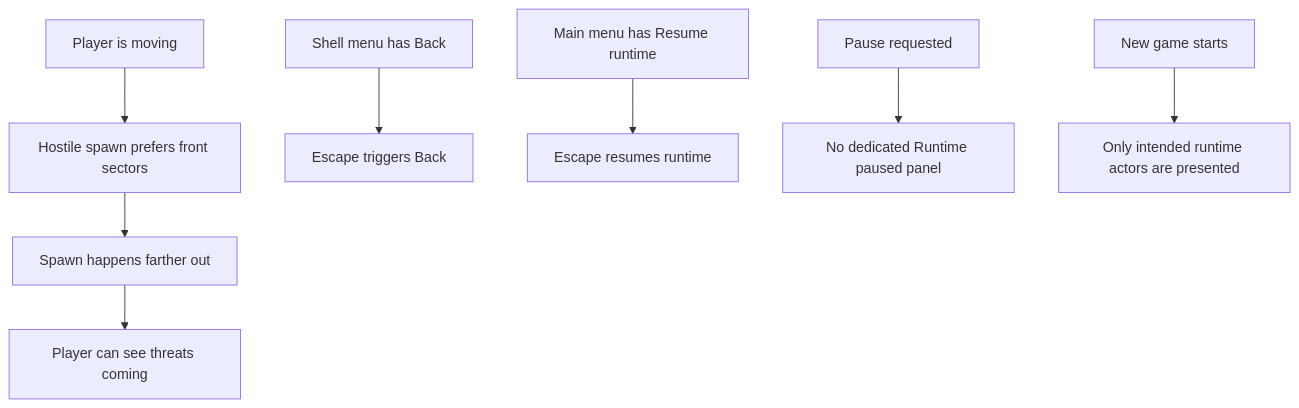
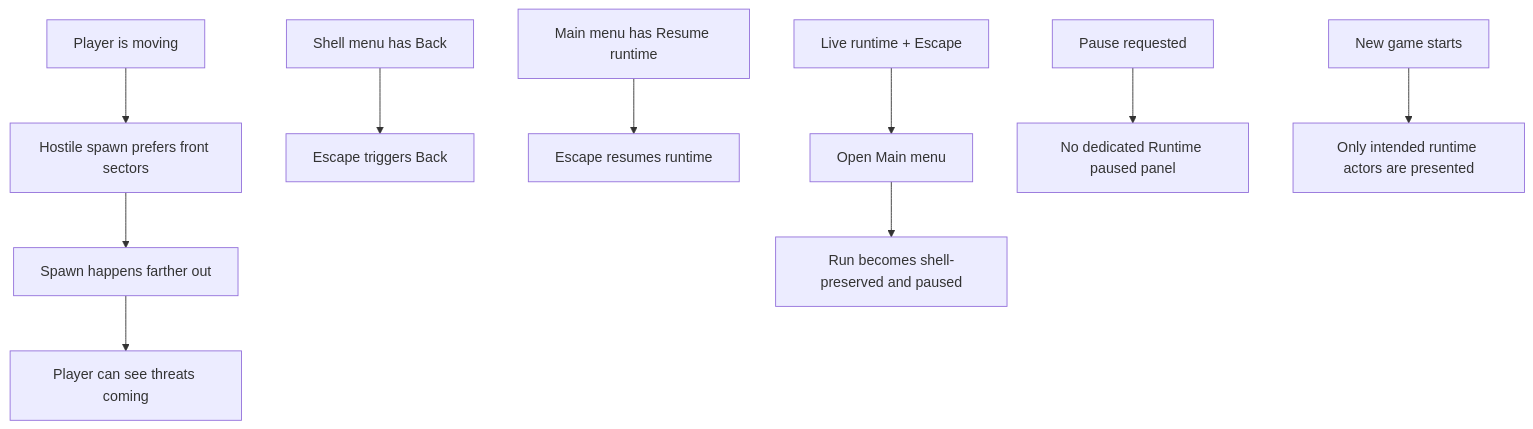
Before and after one commit to AlexAgo83/emberwake: the diagram in logics/request/req_044_refine_spawn_bootstrap_pause_surface_and_escape_navigation_behaviors.md, drawn with Mermaid. The commit also changed other lines of this file and 23 other files, not shown here.

````diff
--- a/logics/request/req_044_refine_spawn_bootstrap_pause_surface_and_escape_navigation_behaviors.md
+++ b/logics/request/req_044_refine_spawn_bootstrap_pause_surface_and_escape_navigation_behaviors.md
@@ -85,11 +91,13 @@
 ```mermaid
 %% logics-signature: request|refine-spawn-bootstrap-pause-surface-and|correct-hostile-spawn-behavior-so-moveme|ac1-the-request-defines-a-correction
 flowchart TD
     A[Player is moving] --> B[Hostile spawn prefers front sectors]
     B --> C[Spawn happens farther out]
     C --> D[Player can see threats coming]
     E[Shell menu has Back] --> F[Escape triggers Back]
     G[Main menu has Resume runtime] --> H[Escape resumes runtime]
-    I[Pause requested] --> J[No dedicated Runtime paused panel]
-    K[New game starts] --> L[Only intended runtime actors are presented]
+    I[Live runtime + Escape] --> J[Open Main menu]
+    J --> K[Run becomes shell-preserved and paused]
+    L[Pause requested] --> M[No dedicated Runtime paused panel]
+    N[New game starts] --> O[Only intended runtime actors are presented]
 ```
````
